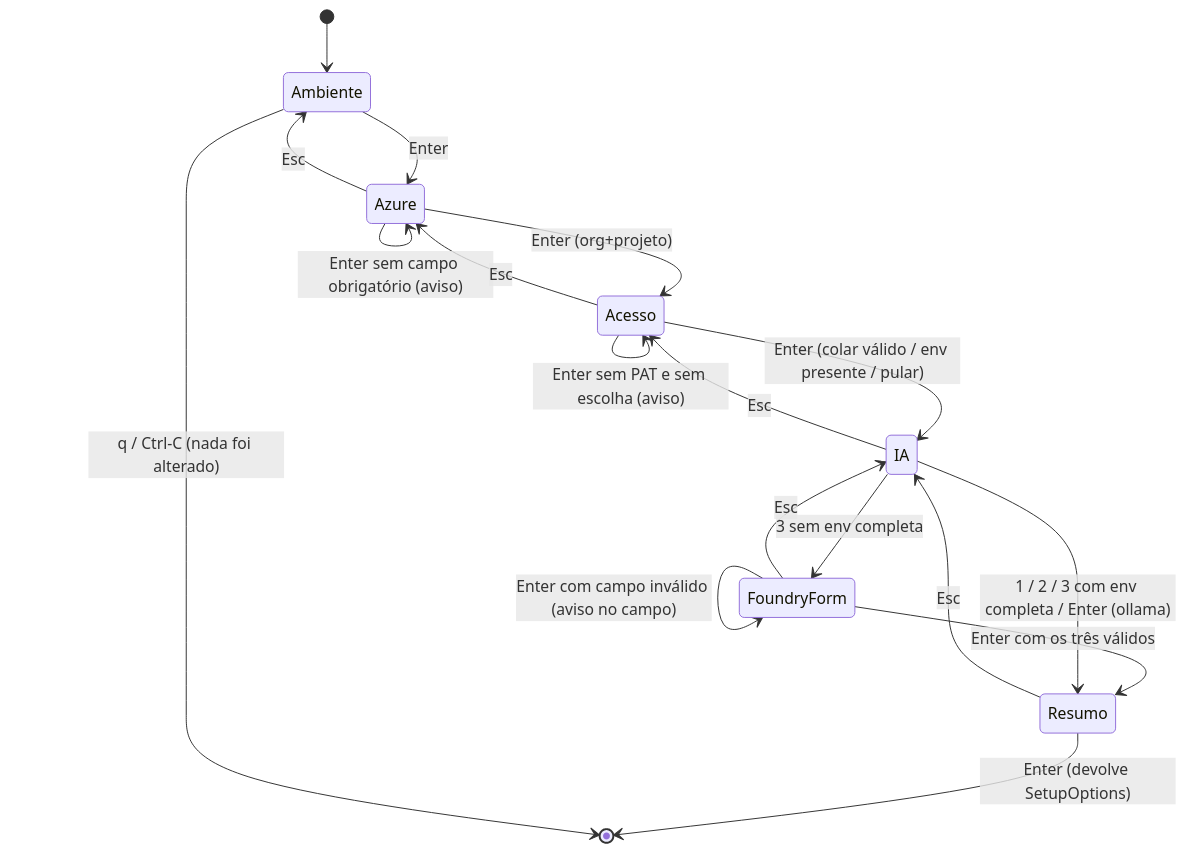
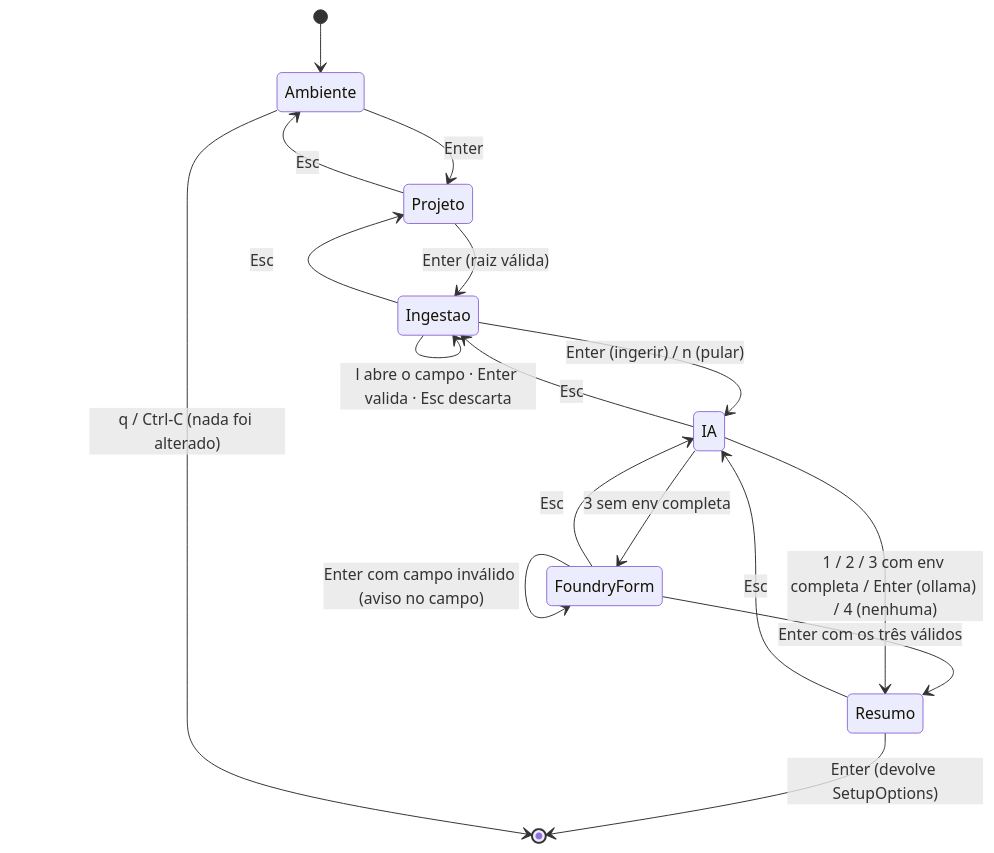
One commit to sergingroisman/kira changed the diagram in docs/ux-setup-jornada.md. Above: the diagram before and after it, drawn with Mermaid. The commit also changed other lines of this file and 5 other files, not shown here.

````diff
--- a/docs/ux-setup-jornada.md
+++ b/docs/ux-setup-jornada.md
@@ -144,20 +161,19 @@
 ```mermaid
 stateDiagram-v2
     [*] --> Ambiente
-    Ambiente --> Azure: Enter
-    Azure --> Ambiente: Esc
-    Azure --> Acesso: Enter (org+projeto)
-    Azure --> Azure: Enter sem campo obrigatório (aviso)
-    Acesso --> Azure: Esc
-    Acesso --> IA: Enter (colar válido / env presente / pular)
-    Acesso --> Acesso: Enter sem PAT e sem escolha (aviso)
-    IA --> Acesso: Esc
+    Ambiente --> Projeto: Enter
+    Projeto --> Ambiente: Esc
+    Projeto --> Ingestao: Enter (raiz válida)
+    Ingestao --> Projeto: Esc
+    Ingestao --> IA: Enter (ingerir) / n (pular)
+    Ingestao --> Ingestao: l abre o campo · Enter valida · Esc descarta
+    IA --> Ingestao: Esc
     IA --> FoundryForm: 3 sem env completa
     FoundryForm --> IA: Esc
     FoundryForm --> Resumo: Enter com os três válidos
     FoundryForm --> FoundryForm: Enter com campo inválido (aviso no campo)
-    IA --> Resumo: 1 / 2 / 3 com env completa / Enter (ollama)
+    IA --> Resumo: 1 / 2 / 3 com env completa / Enter (ollama) / 4 (nenhuma)
     Resumo --> IA: Esc
     Resumo --> [*]: Enter (devolve SetupOptions)
     Ambiente --> [*]: q / Ctrl-C (nada foi alterado)
 ```
````
